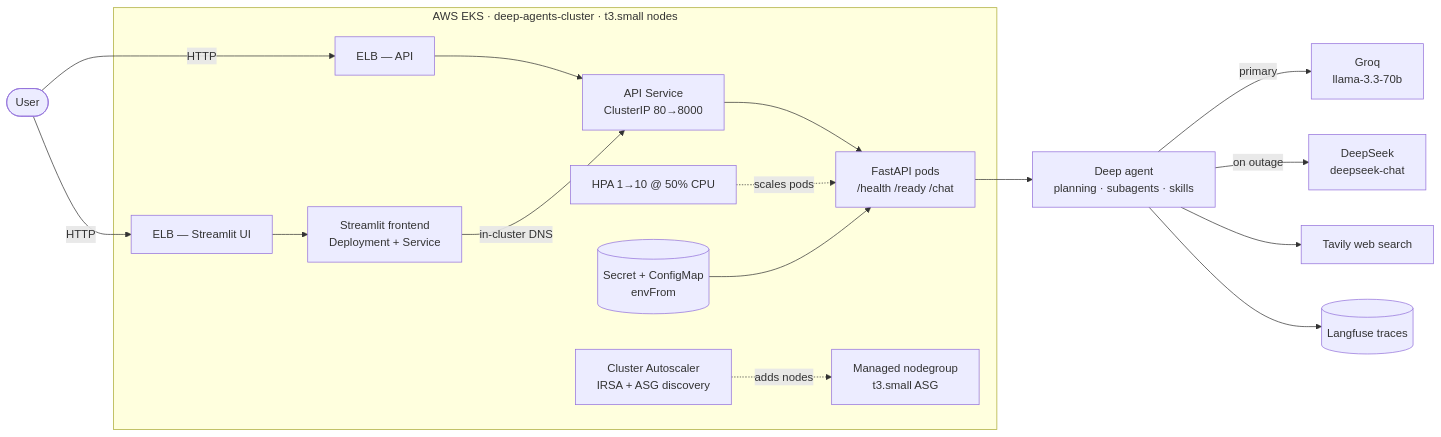
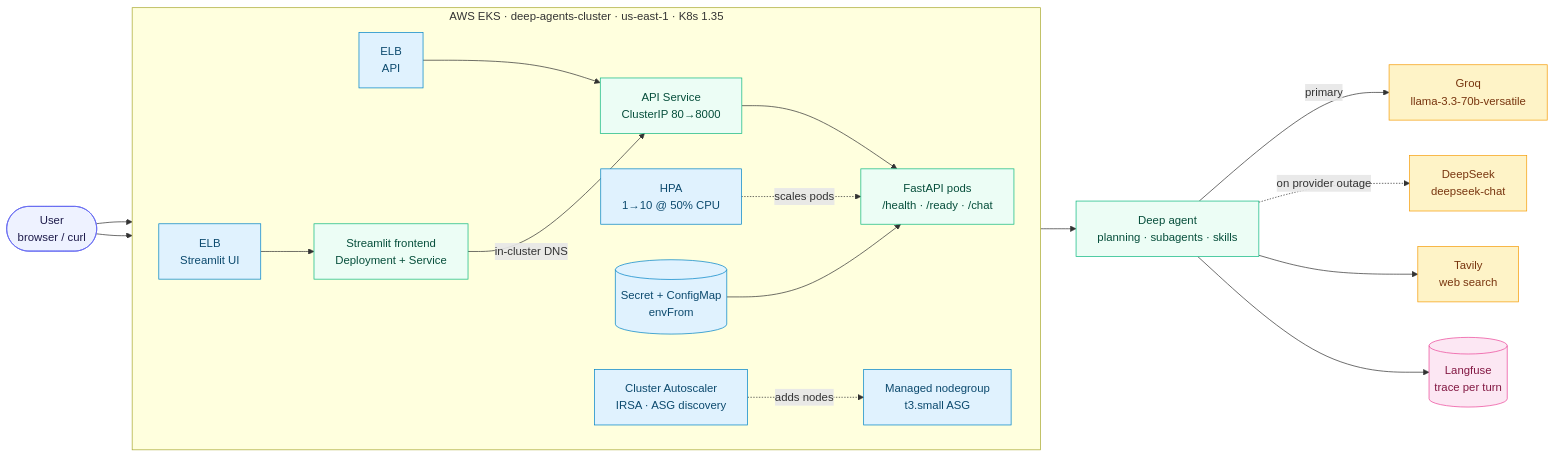
One commit to Amith-Ganta/llmops-deep-agent changed the first of 3 diagrams in README.md. Above: the diagram before and after it, drawn with Mermaid. The commit also changed other lines of this file, not shown here.

First line of the commit message:
docs: recruiter-grade README — competency map, production metrics, colored diagrams

````diff
--- a/README.md
+++ b/README.md
@@ -81,21 +74,35 @@
 ```mermaid
 flowchart LR
-    U([User]) -->|HTTP| ELB1[ELB — Streamlit UI]
-    U -->|HTTP| ELB2[ELB — API]
+    U(["User<br/>browser / curl"])
 
-    subgraph EKS["AWS EKS · deep-agents-cluster · t3.small nodes"]
-        ELB1 --> FE[Streamlit frontend<br/>Deployment + Service]
-        ELB2 --> SVC[API Service<br/>ClusterIP 80→8000]
-        FE -->|in-cluster DNS| SVC
-        SVC --> API[FastAPI pods<br/>/health /ready /chat]
-        HPA[HPA 1→10 @ 50% CPU] -.scales pods.-> API
-        CA[Cluster Autoscaler<br/>IRSA + ASG discovery] -.adds nodes.-> NG[Managed nodegroup<br/>t3.small ASG]
-        SEC[(Secret + ConfigMap<br/>envFrom)] --> API
+    subgraph EKS["AWS EKS · deep-agents-cluster · us-east-1 · K8s 1.35"]
+        direction LR
+        ELB1["ELB<br/>Streamlit UI"] --> FE["Streamlit frontend<br/>Deployment + Service"]
+        ELB2["ELB<br/>API"] --> SVC["API Service<br/>ClusterIP 80→8000"]
+        FE -- "in-cluster DNS" --> SVC
+        SVC --> API["FastAPI pods<br/>/health · /ready · /chat"]
+        HPA["HPA<br/>1→10 @ 50% CPU"] -. "scales pods" .-> API
+        CA["Cluster Autoscaler<br/>IRSA · ASG discovery"] -. "adds nodes" .-> NG["Managed nodegroup<br/>t3.small ASG"]
+        SEC[("Secret + ConfigMap<br/>envFrom")] --> API
     end
 
-    API --> AGENT[Deep agent<br/>planning · subagents · skills]
-    AGENT -->|primary| GROQ[Groq<br/>llama-3.3-70b]
-    AGENT -->|on outage| DS[DeepSeek<br/>deepseek-chat]
-    AGENT --> TAV[Tavily web search]
-    AGENT --> LF[(Langfuse traces)]
+    U --> ELB1
+    U --> ELB2
+
+    API --> AGENT["Deep agent<br/>planning · subagents · skills"]
+    AGENT -- "primary" --> GROQ["Groq<br/>llama-3.3-70b-versatile"]
+    AGENT -. "on provider outage" .-> DS["DeepSeek<br/>deepseek-chat"]
+    AGENT --> TAV["Tavily<br/>web search"]
+    AGENT --> LF[("Langfuse<br/>trace per turn")]
+
+    classDef client fill:#EEF2FF,stroke:#6366F1,stroke-width:1px,color:#1E1B4B;
+    classDef k8s fill:#E0F2FE,stroke:#0284C7,stroke-width:1px,color:#0C4A6E;
+    classDef svc fill:#ECFDF5,stroke:#10B981,stroke-width:1px,color:#064E3B;
+    classDef store fill:#FCE7F3,stroke:#EC4899,stroke-width:1px,color:#831843;
+    classDef ext fill:#FEF3C7,stroke:#F59E0B,stroke-width:1px,color:#78350F;
+    class U client;
+    class ELB1,ELB2,HPA,CA,NG,SEC k8s;
+    class FE,SVC,API,AGENT svc;
+    class LF store;
+    class GROQ,DS,TAV ext;
 ```
````
